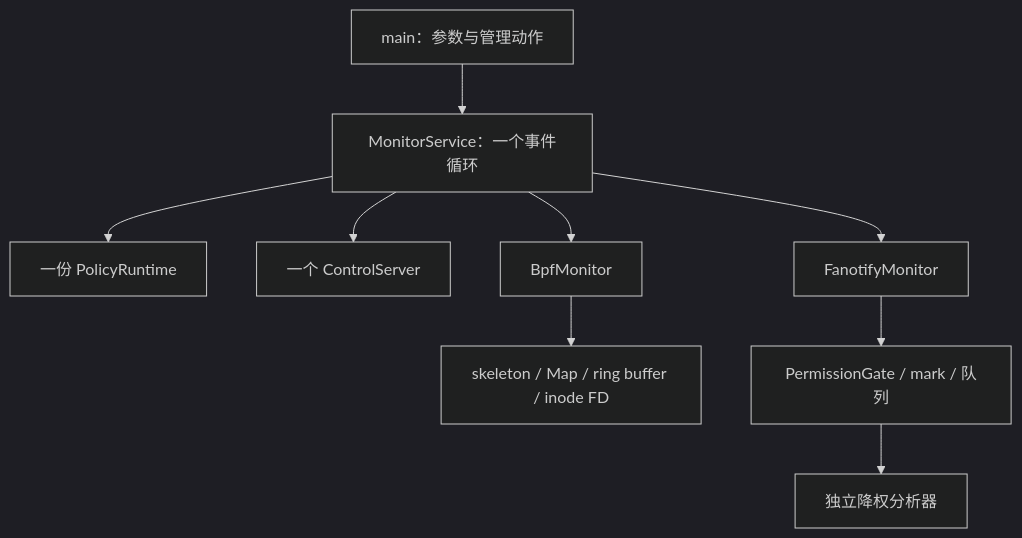
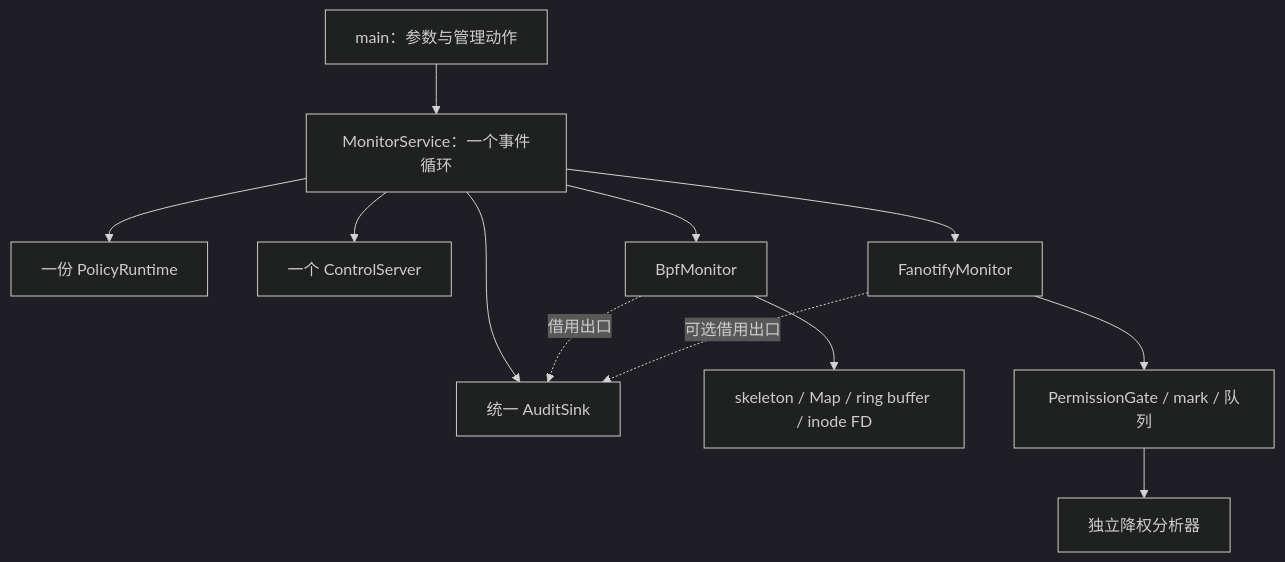
Before and after one commit to once512/SysMon-eBPF: the diagram in docs/UNIFIED_SERVICE.md, drawn with Mermaid (dark theme). The commit also changed other lines of this file and 38 other files, not shown here.

````diff
--- a/docs/UNIFIED_SERVICE.md
+++ b/docs/UNIFIED_SERVICE.md
@@ -5,11 +5,14 @@
 ```mermaid
 flowchart TD
     Main[main：参数与管理动作] --> Service[MonitorService：一个事件循环]
     Service --> Runtime[一份 PolicyRuntime]
     Service --> Control[一个 ControlServer]
     Service --> BPF[BpfMonitor]
     Service --> Fan[FanotifyMonitor]
+    Service --> Audit[统一 AuditSink]
+    BPF -.借用出口.-> Audit
+    Fan -.可选借用出口.-> Audit
     BPF --> Skel[skeleton / Map / ring buffer / inode FD]
     Fan --> Gate[PermissionGate / mark / 队列]
     Gate --> Worker[独立降权分析器]
 ```
````
